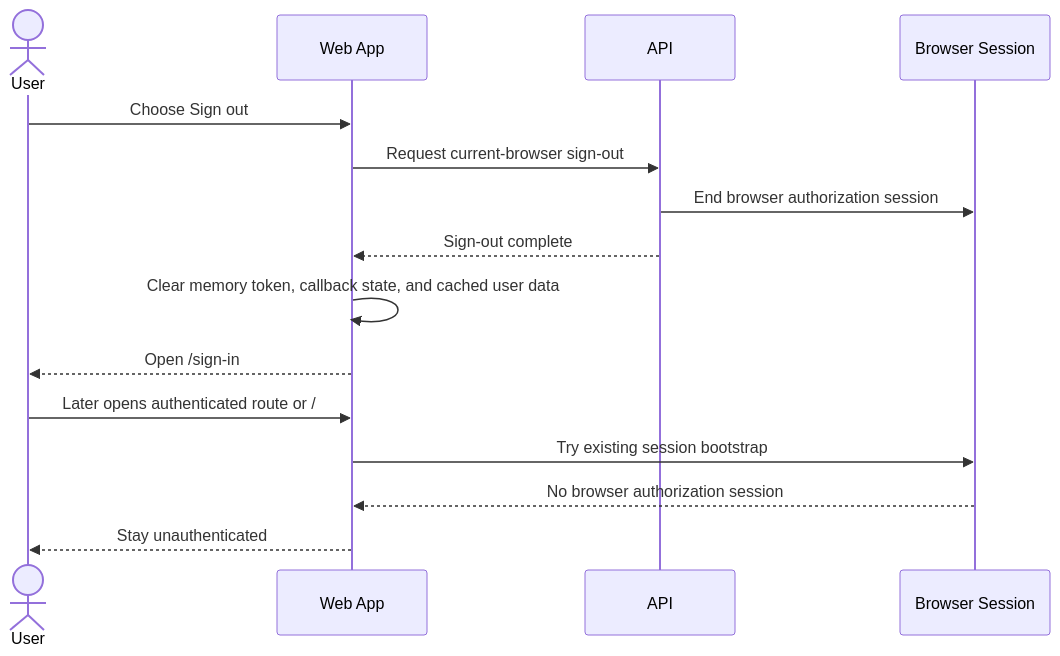
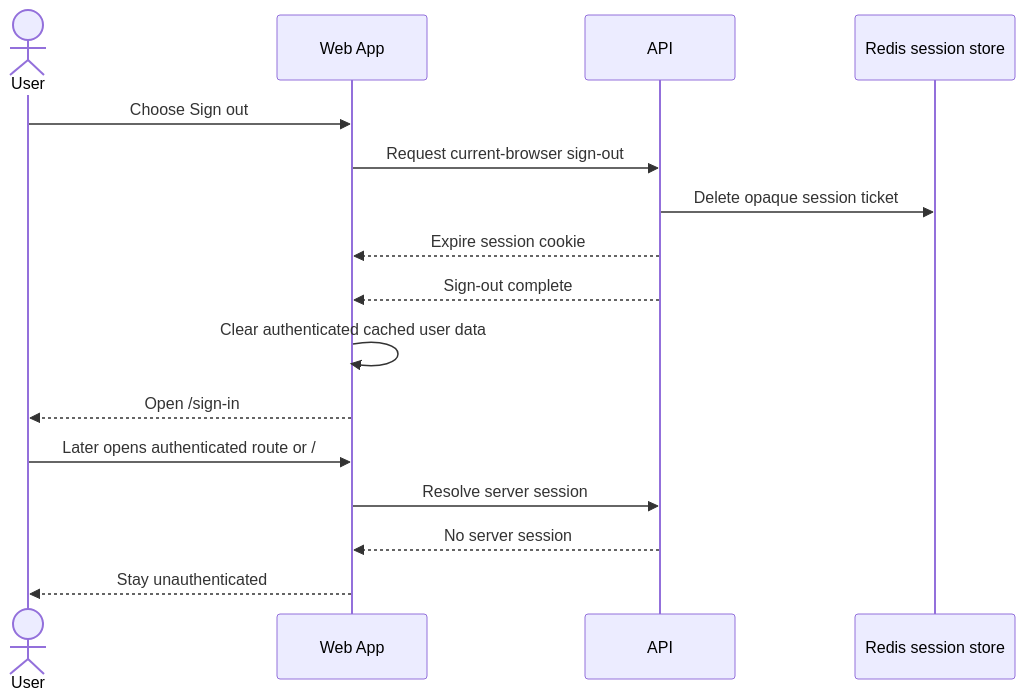
The diagram in docs/use-cases/identity-access/sign-out-user.md (phuongnse/axis), drawn with Mermaid before and after one commit. The commit also changed other lines of this file and 165 other files, not shown here.

````diff
--- a/docs/use-cases/identity-access/sign-out-user.md
+++ b/docs/use-cases/identity-access/sign-out-user.md
@@ -87,19 +87,20 @@
 ```mermaid
 sequenceDiagram
   actor User
   participant Web as Web App
   participant API as API
-  participant Browser as Browser Session
+  participant Session as Redis session store
 
   User->>Web: Choose Sign out
   Web->>API: Request current-browser sign-out
-  API->>Browser: End browser authorization session
+  API->>Session: Delete opaque session ticket
+  API-->>Web: Expire session cookie
   API-->>Web: Sign-out complete
-  Web->>Web: Clear memory token, callback state, and cached user data
+  Web->>Web: Clear authenticated cached user data
   Web-->>User: Open /sign-in
 
   User->>Web: Later opens authenticated route or /
-  Web->>Browser: Try existing session bootstrap
-  Browser-->>Web: No browser authorization session
+  Web->>API: Resolve server session
+  API-->>Web: No server session
   Web-->>User: Stay unauthenticated
 ```
````
